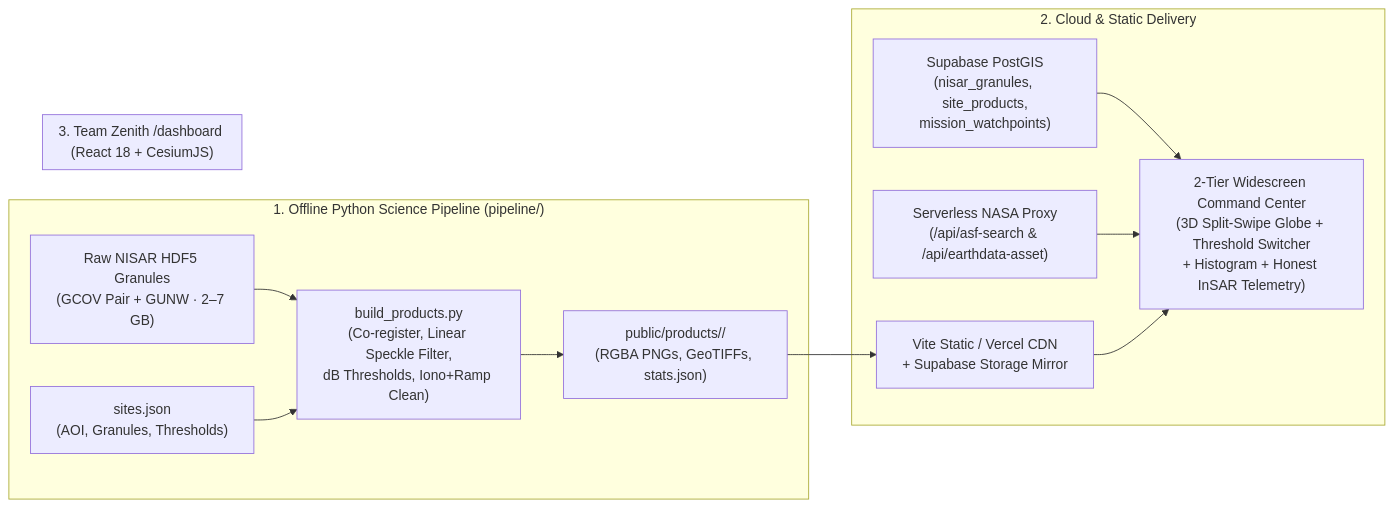
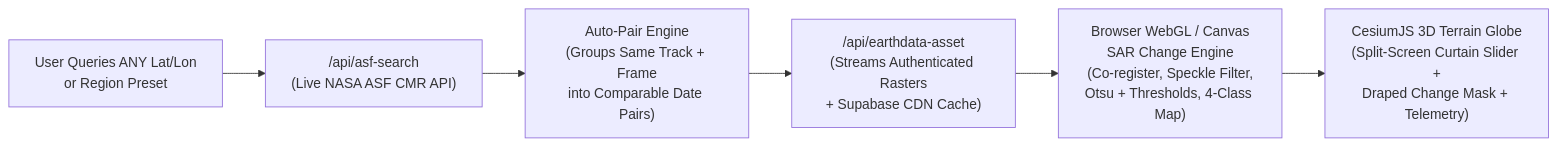
The diagram in TEAM_ZENITH_PROJECT_PLAN.md (nabil24024004/Team-Zenith-Dancing-With-SARs), drawn with Mermaid before and after one commit. The commit also changed other lines of this file, not shown here.

````diff
--- a/TEAM_ZENITH_PROJECT_PLAN.md
+++ b/TEAM_ZENITH_PROJECT_PLAN.md
@@ -22,18 +17,8 @@
 ```mermaid
 flowchart LR
-    subgraph Offline_Science_Pipeline ["1. Offline Python Science Pipeline (pipeline/)"]
-        A["Raw NISAR HDF5 Granules\n(GCOV Pair + GUNW · 2–7 GB)"] --> B["build_products.py\n(Co-register, Linear Speckle Filter,\ndB Thresholds, Iono+Ramp Clean)"]
-        S["sites.json\n(AOI, Granules, Thresholds)"] --> B
-        B --> C["public/products/<site_id>/\n(RGBA PNGs, GeoTIFFs, stats.json)"]
-    end
-
-    subgraph Cloud_And_Static ["2. Cloud & Static Delivery"]
-        C --> D["Vite Static / Vercel CDN\n+ Supabase Storage Mirror"]
-        E["Supabase PostGIS\n(nisar_granules, site_products,\nmission_watchpoints)"] --> F
-        G["Serverless NASA Proxy\n(/api/asf-search & /api/earthdata-asset)"] --> F
-    end
-
-    subgraph Frontend_Console ["3. Team Zenith /dashboard (React 18 + CesiumJS)"]
-        D --> F["2-Tier Widescreen Command Center\n(3D Split-Swipe Globe + Threshold Switcher\n+ Histogram + Honest InSAR Telemetry)"]
-    end
+    A["User Queries ANY Lat/Lon\nor Region Preset"] --> B["/api/asf-search\n(Live NASA ASF CMR API)"]
+    B --> C["Auto-Pair Engine\n(Groups Same Track + Frame\ninto Comparable Date Pairs)"]
+    C --> D["/api/earthdata-asset\n(Streams Authenticated Rasters\n+ Supabase CDN Cache)"]
+    D --> E["Browser WebGL / Canvas\nSAR Change Engine\n(Co-register, Speckle Filter,\nOtsu + Thresholds, 4-Class Map)"]
+    E --> F["CesiumJS 3D Terrain Globe\n(Split-Screen Curtain Slider +\nDraped Change Mask + Telemetry)"]
 ```
````
